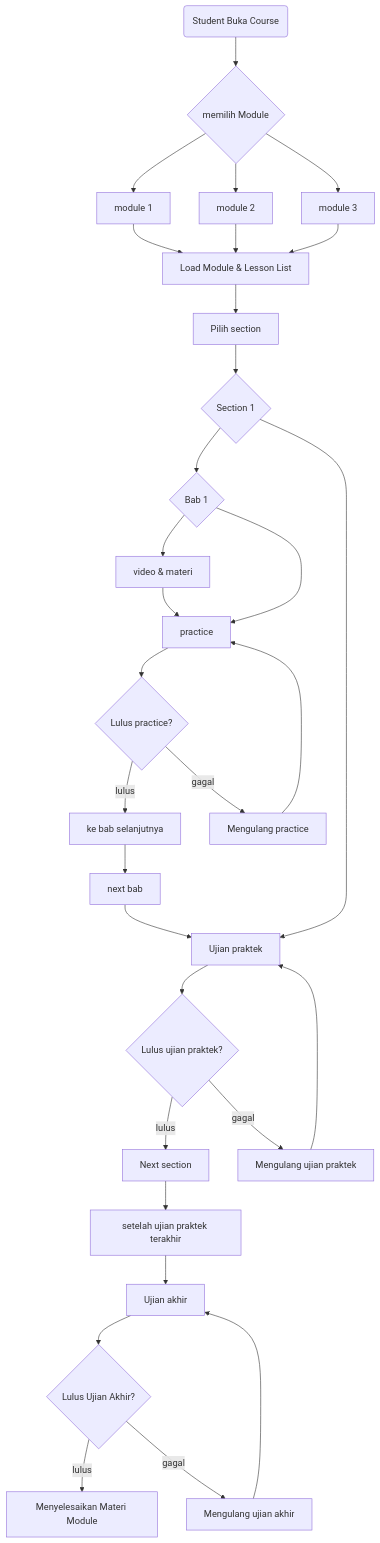
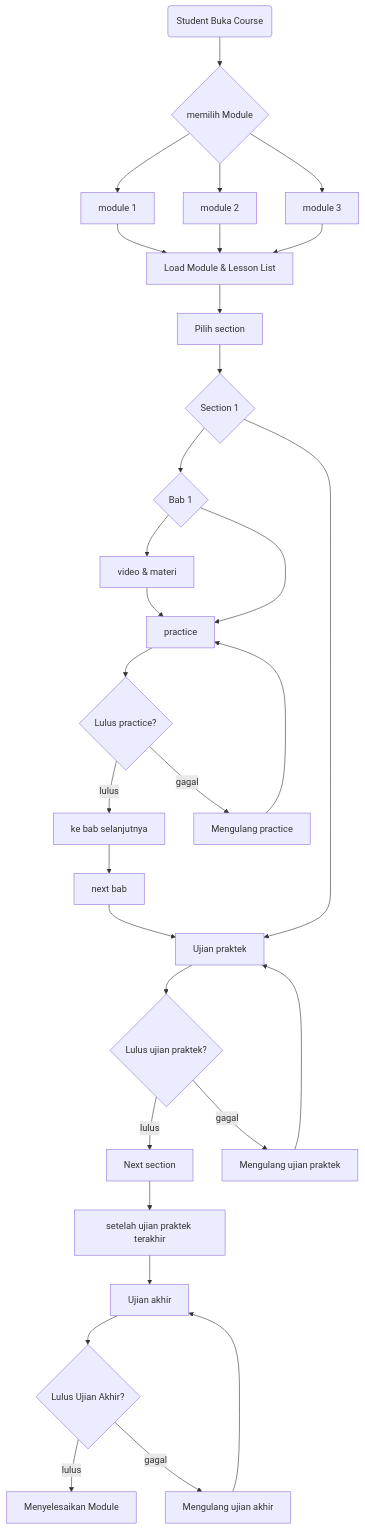
The first of 2 diagrams in README.md (acountcodm2704-blip/Flow-chart), drawn with Mermaid before and after one commit.

Commit message:
Add Landing Page flowchart

````diff
--- a/README.md
+++ b/README.md
@@ -2,38 +2,38 @@
 ```mermaid
 flowchart TD
 A(Student Buka Course) --> B{memilih Module}
 B --> A2[module 1]
 B --> A3[module 2]
 B --> A4[module 3]
 A2 --> A1
 A3 --> A1
 A4 --> A1[Load Module & Lesson List]
 A1 --> C[Pilih section]
 C --> D{Section 1}
 D --> E{Bab 1}
 D --> F[Ujian praktek]
 E --> G[video & materi]
 E --> H[practice]
 G --> H
 H --> I{Lulus practice?}
 I --> |lulus| J[ke bab selanjutnya]
 I --> |gagal| K[Mengulang practice]
 K --> H
 J --> L[next bab]
 L --> F
 F --> M{Lulus ujian praktek?}
 M --> |lulus| N[Next section]
 M --> |gagal| O[Mengulang ujian praktek]
 O --> F
 
 
 N --> R[setelah ujian praktek terakhir]
 R --> S[Ujian akhir]
 S --> U{Lulus Ujian Akhir?}
-U --> |lulus| V[Menyelesaikan Materi Module]
+U --> |lulus| V[Menyelesaikan Module]
 U --> |gagal| W[Mengulang ujian akhir]
 W --> S
 
 
    
 ```
````
